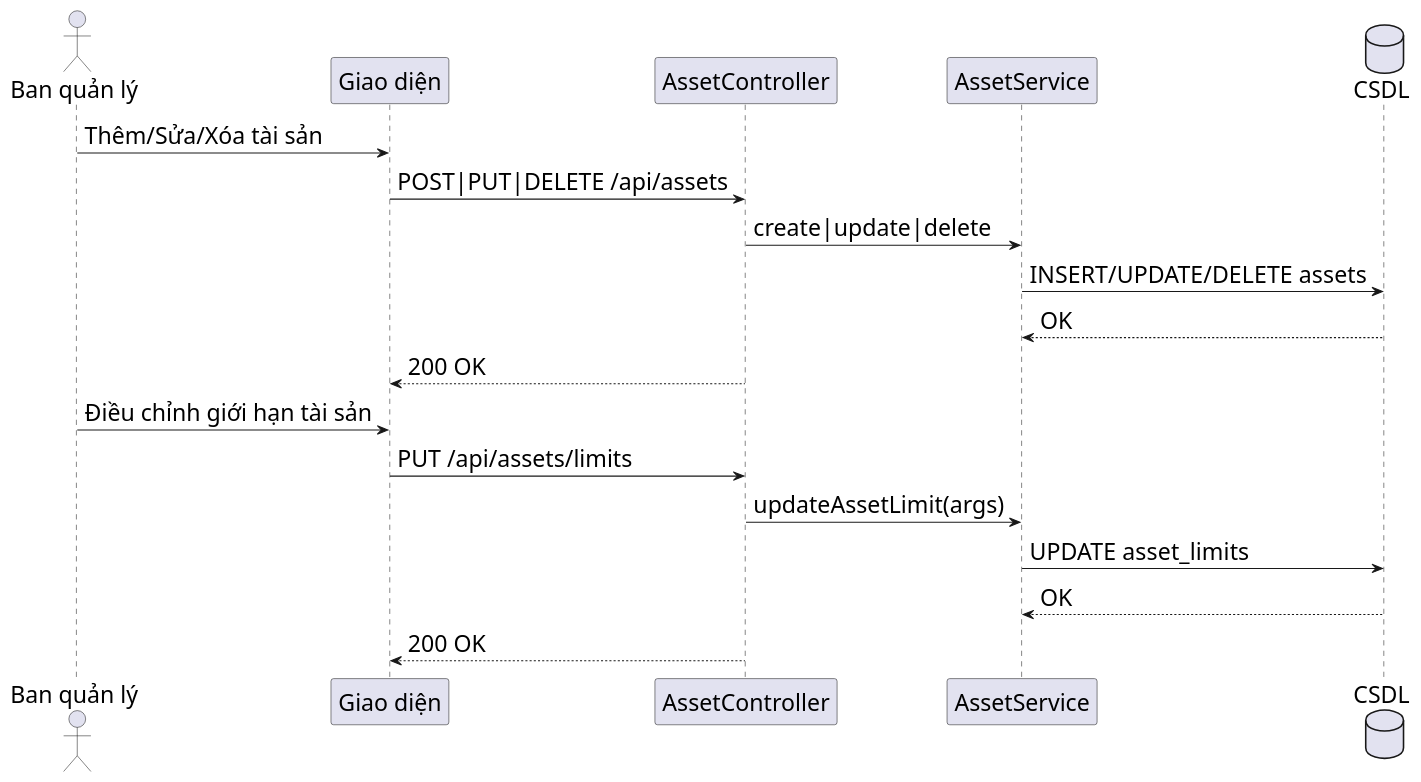
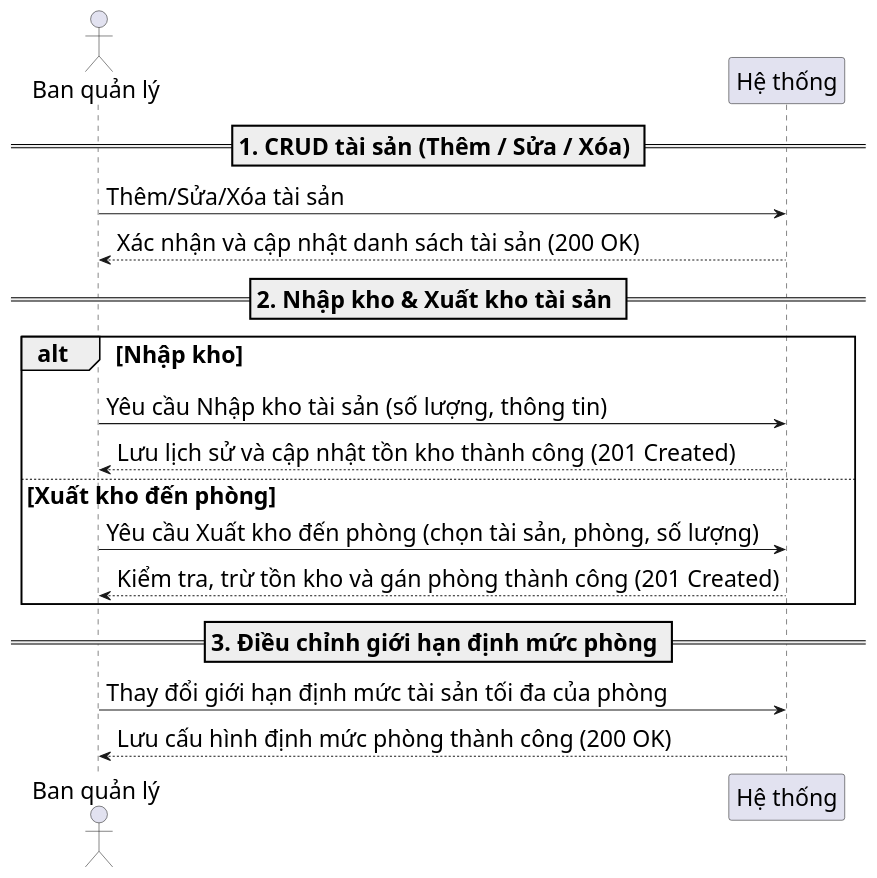
The diagram in diagrams/nhomtaisan/asset_management_sequence.puml (s0nbuildtech287/dormitory-frontend), drawn with PlantUML before and after one commit. The commit also changed 1 other file, not shown here.

```diff
--- a/diagrams/nhomtaisan/asset_management_sequence.puml
+++ b/diagrams/nhomtaisan/asset_management_sequence.puml
@@ -1,24 +1,25 @@
 @startuml "Asset Management Sequence"
 skinparam defaultFontSize 22
 skinparam defaultFontName "Times New Roman"
 skinparam sequenceMessageSize 22
+
 actor "Ban quản lý" as Admin
-participant "Giao diện" as FE
-participant "AssetController" as AC
-participant "AssetService" as AS
-database "CSDL" as DB
+participant "Hệ thống" as System
 
-Admin -> FE: Thêm/Sửa/Xóa tài sản
-FE -> AC: POST|PUT|DELETE /api/assets
-AC -> AS: create|update|delete
-AS -> DB: INSERT/UPDATE/DELETE assets
-DB --> AS: OK
-AC --> FE: 200 OK
+== 1. CRUD tài sản (Thêm / Sửa / Xóa) ==
+Admin -> System: Thêm/Sửa/Xóa tài sản
+System --> Admin: Xác nhận và cập nhật danh sách tài sản (200 OK)
 
-Admin -> FE: Điều chỉnh giới hạn tài sản
-FE -> AC: PUT /api/assets/limits
-AC -> AS: updateAssetLimit(args)
-AS -> DB: UPDATE asset_limits
-DB --> AS: OK
-AC --> FE: 200 OK
+== 2. Nhập kho & Xuất kho tài sản ==
+alt Nhập kho
+  Admin -> System: Yêu cầu Nhập kho tài sản (số lượng, thông tin)
+  System --> Admin: Lưu lịch sử và cập nhật tồn kho thành công (201 Created)
+else Xuất kho đến phòng
+  Admin -> System: Yêu cầu Xuất kho đến phòng (chọn tài sản, phòng, số lượng)
+  System --> Admin: Kiểm tra, trừ tồn kho và gán phòng thành công (201 Created)
+end
+
+== 3. Điều chỉnh giới hạn định mức phòng ==
+Admin -> System: Thay đổi giới hạn định mức tài sản tối đa của phòng
+System --> Admin: Lưu cấu hình định mức phòng thành công (200 OK)
 @enduml
```
